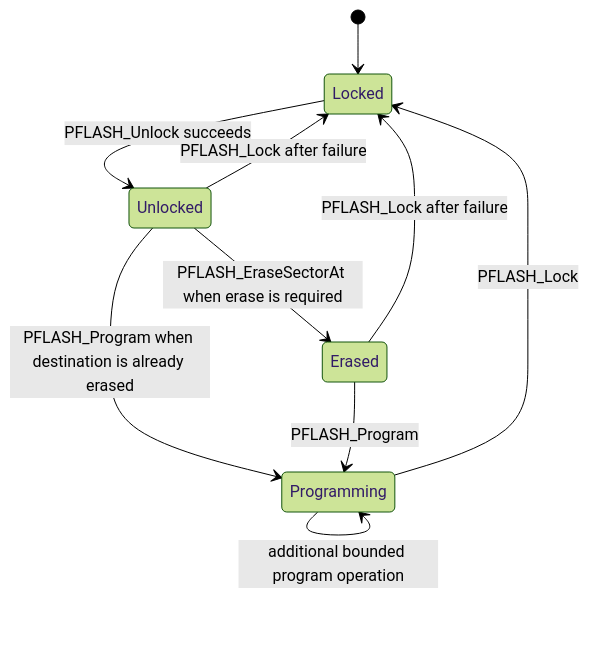
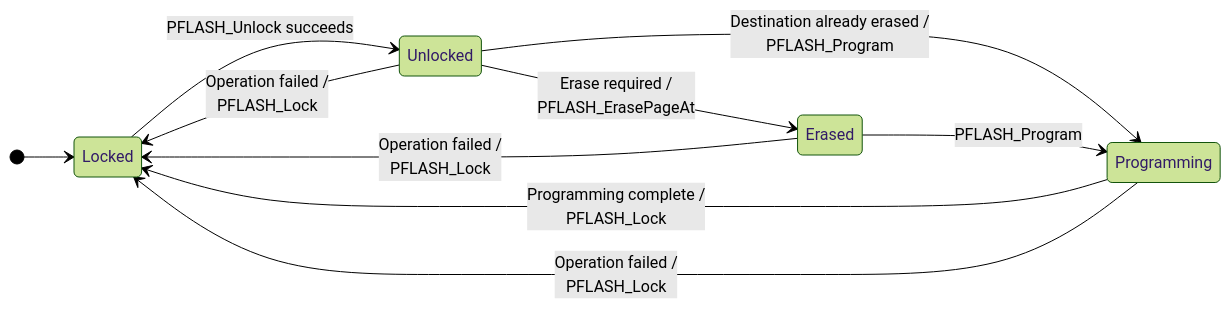
Before and after one commit to JP-REY/STM32F103C8T6-Based-Electronic-Lock: the third of 4 diagrams in Platforms/README.md, drawn with Mermaid (forest theme). The commit also changed other lines of this file and 187 other files, not shown here.

````diff
--- a/Platforms/README.md
+++ b/Platforms/README.md
@@ -674,12 +659,19 @@
 ```mermaid
 stateDiagram-v2
+    direction LR
+
     [*] --> Locked
+
     Locked --> Unlocked: PFLASH_Unlock succeeds
-    Unlocked --> Erased: PFLASH_EraseSectorAt when erase is required
-    Unlocked --> Programming: PFLASH_Program when destination is already erased
+
+    Unlocked --> Erased: Erase required / <br/>PFLASH_ErasePageAt
+    Unlocked --> Programming: Destination already erased / <br/>PFLASH_Program
+
     Erased --> Programming: PFLASH_Program
-    Programming --> Programming: additional bounded program operation
-    Programming --> Locked: PFLASH_Lock
-    Erased --> Locked: PFLASH_Lock after failure
-    Unlocked --> Locked: PFLASH_Lock after failure
+
+    Programming --> Locked: Programming complete / <br/>PFLASH_Lock
+
+    Unlocked --> Locked: Operation failed / <br/>PFLASH_Lock
+    Erased --> Locked: Operation failed / <br/>PFLASH_Lock
+    Programming --> Locked: Operation failed / <br/>PFLASH_Lock
 ```
````
